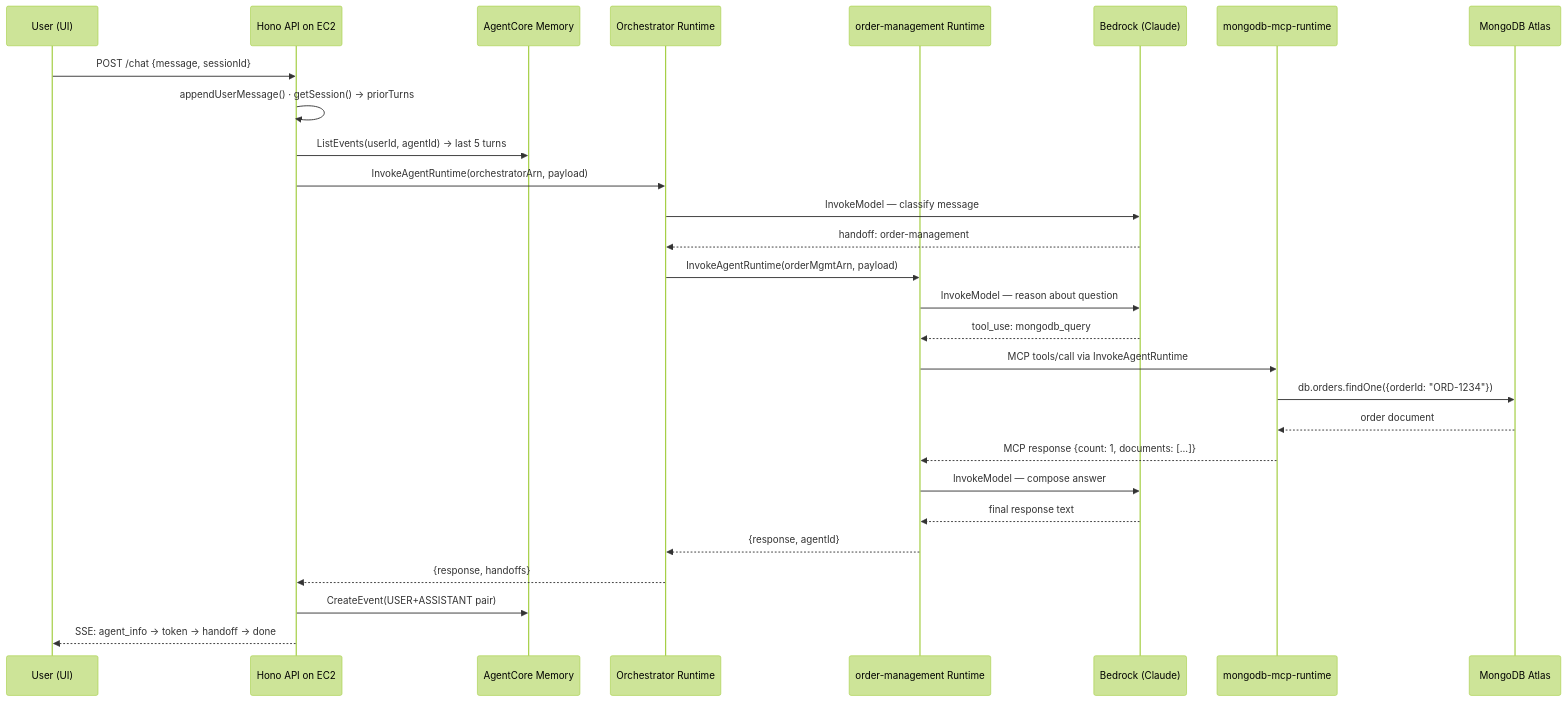
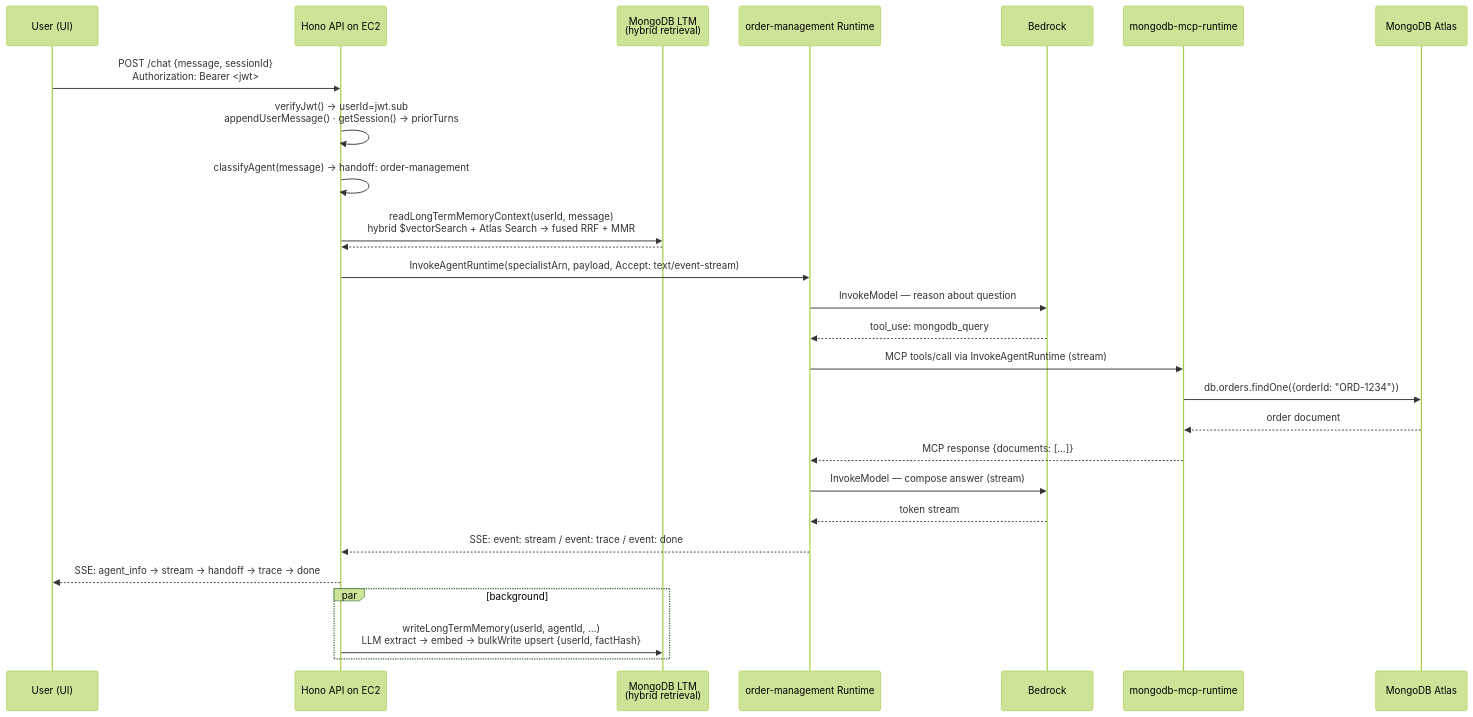
One commit to mongodb-partners/Multi-Agent-Architectural-Guidance-Bedrock-AgentCore changed the second of 4 diagrams in docs/architecture.md. Above: the diagram before and after it, drawn with Mermaid (forest theme). The commit also changed other lines of this file and 189 other files, not shown here.

````diff
--- a/docs/architecture.md
+++ b/docs/architecture.md
@@ -80,31 +92,30 @@
 ```mermaid
 sequenceDiagram
   participant U as User (UI)
   participant API as Hono API on EC2
-  participant MEM as AgentCore Memory
-  participant ORCH as Orchestrator Runtime
+  participant LTM as MongoDB LTM<br/>(hybrid retrieval)
   participant SPEC as order-management Runtime
-  participant BED as Bedrock (Claude)
+  participant BED as Bedrock
   participant MCPRT as mongodb-mcp-runtime
   participant DB as MongoDB Atlas
 
-  U->>API: POST /chat {message, sessionId}
-  API->>API: appendUserMessage() · getSession() → priorTurns
-  API->>MEM: ListEvents(userId, agentId) → last 5 turns
-  API->>ORCH: InvokeAgentRuntime(orchestratorArn, payload)
-  ORCH->>BED: InvokeModel — classify message
-  BED-->>ORCH: handoff: order-management
-  ORCH->>SPEC: InvokeAgentRuntime(orderMgmtArn, payload)
+  U->>API: POST /chat {message, sessionId}<br/>Authorization: Bearer <jwt>
+  API->>API: verifyJwt() → userId=jwt.sub<br/>appendUserMessage() · getSession() → priorTurns
+  API->>API: classifyAgent(message) → handoff: order-management
+  API->>LTM: readLongTermMemoryContext(userId, message)<br/>hybrid $vectorSearch + Atlas Search → fused RRF + MMR
+  LTM-->>API: ## Relevant prior context (string)
+  API->>SPEC: InvokeAgentRuntime(specialistArn, payload, Accept: text/event-stream)
   SPEC->>BED: InvokeModel — reason about question
   BED-->>SPEC: tool_use: mongodb_query
-  SPEC->>MCPRT: MCP tools/call via InvokeAgentRuntime
+  SPEC->>MCPRT: MCP tools/call via InvokeAgentRuntime (stream)
   MCPRT->>DB: db.orders.findOne({orderId: "ORD-1234"})
   DB-->>MCPRT: order document
-  MCPRT-->>SPEC: MCP response {count: 1, documents: [...]}
-  SPEC->>BED: InvokeModel — compose answer
-  BED-->>SPEC: final response text
-  SPEC-->>ORCH: {response, agentId}
-  ORCH-->>API: {response, handoffs}
-  API->>MEM: CreateEvent(USER+ASSISTANT pair)
-  API-->>U: SSE: agent_info → token → handoff → done
+  MCPRT-->>SPEC: MCP response {documents: [...]}
+  SPEC->>BED: InvokeModel — compose answer (stream)
+  BED-->>SPEC: token stream
+  SPEC-->>API: SSE: event: stream / event: trace / event: done
+  API-->>U: SSE: agent_info → stream → handoff → trace → done
+  par background
+    API->>LTM: writeLongTermMemory(userId, agentId, …)<br/>LLM extract → embed → bulkWrite upsert {userId, factHash}
+  end
 ```
````
